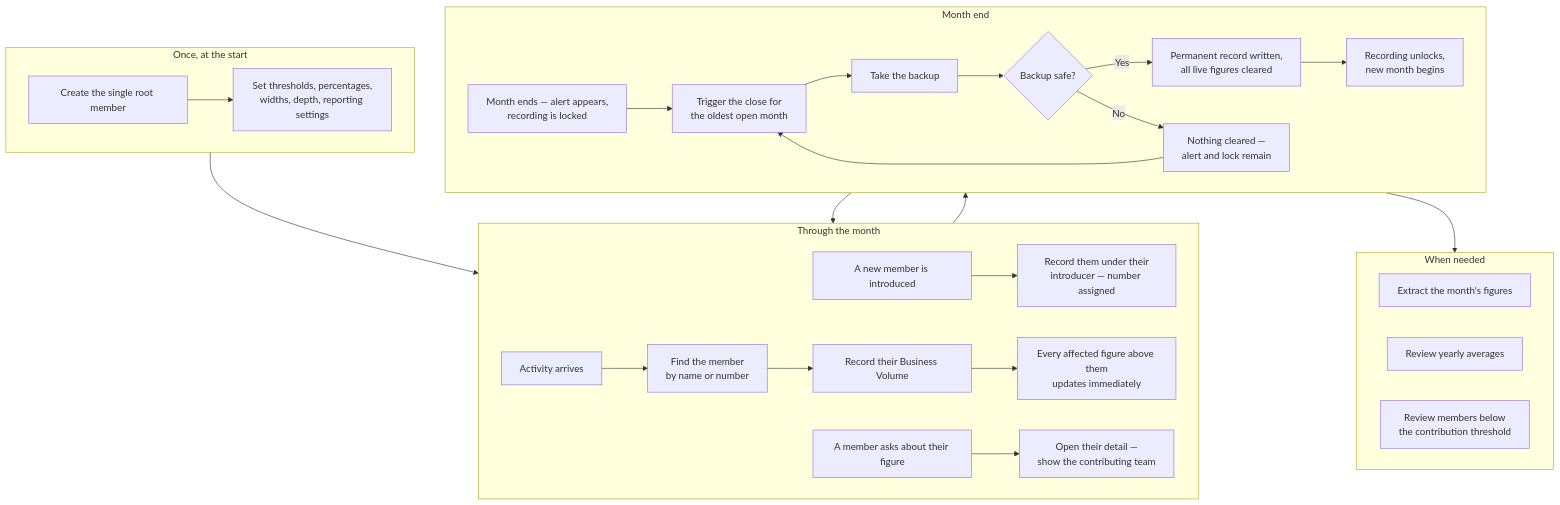
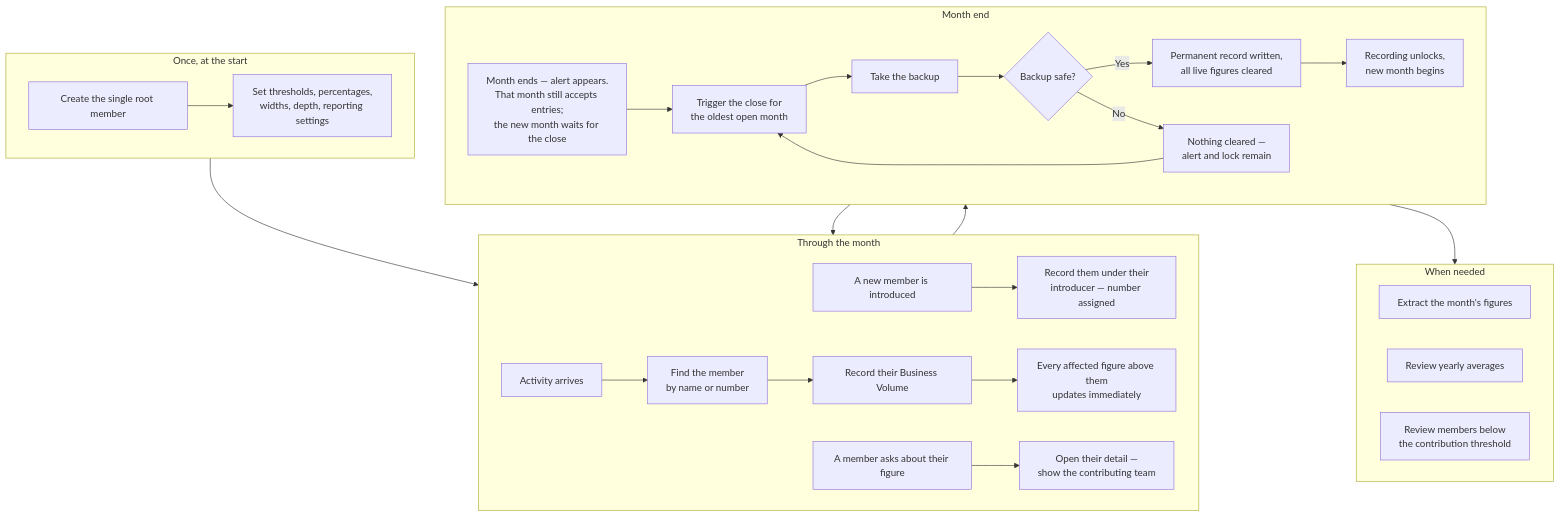
The second of 3 diagrams in documents/business/user-needs-document.md (pkeyur18/distributor-credit-management), drawn with Mermaid before and after one commit. The commit also changed other lines of this file and 26 other files, not shown here.

````diff
--- a/documents/business/user-needs-document.md
+++ b/documents/business/user-needs-document.md
@@ -200,46 +200,46 @@
 ```mermaid
 flowchart TD
     subgraph SETUP["Once, at the start"]
         S1["Create the single root member"]
         S2["Set thresholds, percentages,<br/>widths, depth, reporting settings"]
         S1 --> S2
     end
 
     subgraph DAILY["Through the month"]
         D1["A new member is introduced"]
         D2["Record them under their<br/>introducer — number assigned"]
         D3["Activity arrives"]
         D4["Find the member<br/>by name or number"]
         D5["Record their Business Volume"]
         D6["Every affected figure above them<br/>updates immediately"]
         D7["A member asks about their figure"]
         D8["Open their detail —<br/>show the contributing team"]
         D1 --> D2
         D3 --> D4 --> D5 --> D6
         D7 --> D8
     end
 
     subgraph CLOSE["Month end"]
-        C1["Month ends — alert appears,<br/>recording is locked"]
+        C1["Month ends — alert appears.<br/>That month still accepts entries;<br/>the new month waits for the close"]
         C2["Trigger the close for<br/>the oldest open month"]
         C3["Take the backup"]
         C4{"Backup safe?"}
         C5["Permanent record written,<br/>all live figures cleared"]
         C6["Recording unlocks,<br/>new month begins"]
         C7["Nothing cleared —<br/>alert and lock remain"]
         C1 --> C2 --> C3 --> C4
         C4 -- "Yes" --> C5 --> C6
         C4 -- "No" --> C7 --> C2
     end
 
     subgraph REPORT["When needed"]
         R1["Extract the month's figures"]
         R2["Review yearly averages"]
         R3["Review members below<br/>the contribution threshold"]
     end
 
     SETUP --> DAILY
     DAILY --> CLOSE
     CLOSE --> DAILY
     CLOSE --> REPORT
 ```
````
